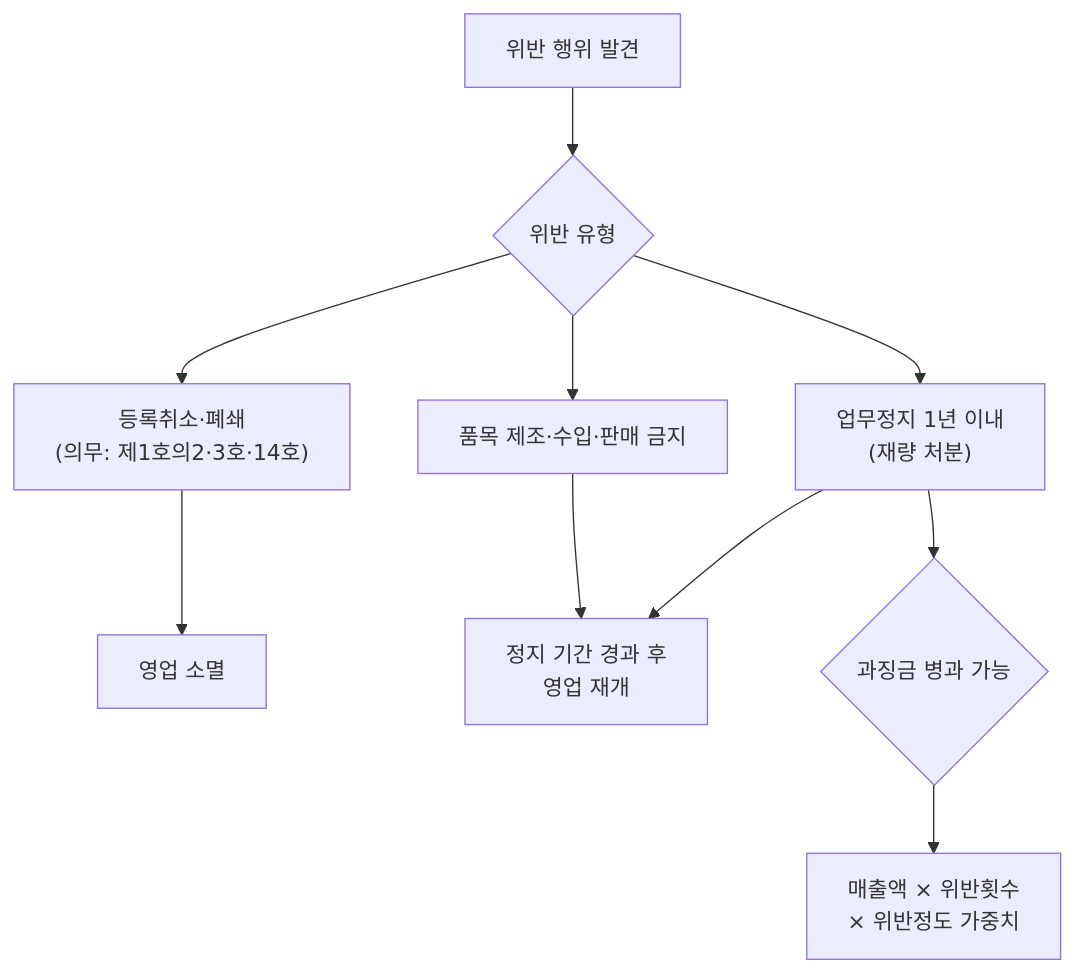
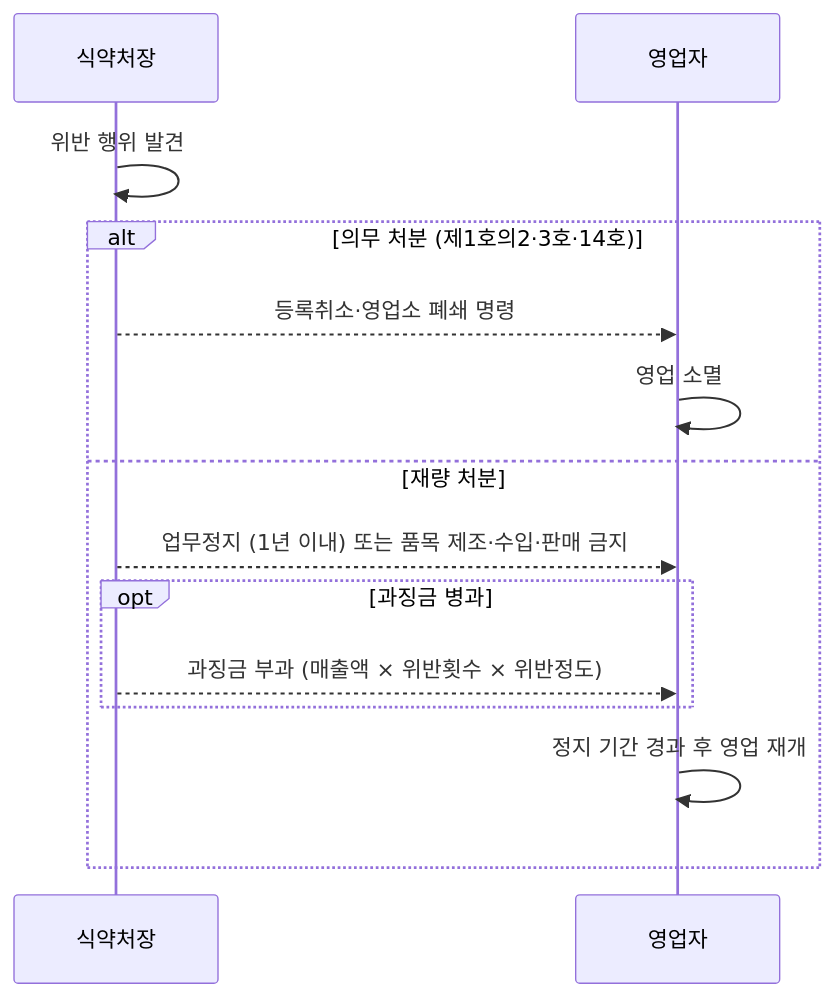
Before and after one commit to skygoldlee-cyber/Personalized_Skincare: diagram 16 of 16 in content/교재/law/1과목_화장품법의이해_이야기형.md, drawn with Mermaid. The commit also changed other lines of this file and 14 other files, not shown here.

First line of the commit message:
feat: Mermaid 추가 다이어그램 타입 지원 (sequenceDiagram 등 10종) 및 교재 5곳 sequenceDiagram 교체

````diff
--- a/content/교재/law/1과목_화장품법의이해_이야기형.md
+++ b/content/교재/law/1과목_화장품법의이해_이야기형.md
@@ -2700,12 +2710,16 @@
 ```mermaid
-flowchart TD
-    A["위반 행위 발견"] --> B{"위반 유형"}
-    B --> C["등록취소·폐쇄<br/>(의무: 제1호의2·3호·14호)"]
-    B --> D["업무정지 1년 이내<br/>(재량 처분)"]
-    B --> E["품목 제조·수입·판매 금지"]
-    C --> F["영업 소멸"]
-    D --> G["정지 기간 경과 후<br/>영업 재개"]
-    E --> G
-    D --> H{"과징금 병과 가능"}
-    H --> I["매출액 × 위반횟수<br/>× 위반정도 가중치"]
+sequenceDiagram
+    participant A as 식약처장
+    participant B as 영업자
+    A->>A: 위반 행위 발견
+    alt 의무 처분 (제1호의2·3호·14호)
+        A-->>B: 등록취소·영업소 폐쇄 명령
+        B->>B: 영업 소멸
+    else 재량 처분
+        A-->>B: 업무정지 (1년 이내) 또는 품목 제조·수입·판매 금지
+        opt 과징금 병과
+            A-->>B: 과징금 부과 (매출액 × 위반횟수 × 위반정도)
+        end
+        B->>B: 정지 기간 경과 후 영업 재개
+    end
 ```
````
